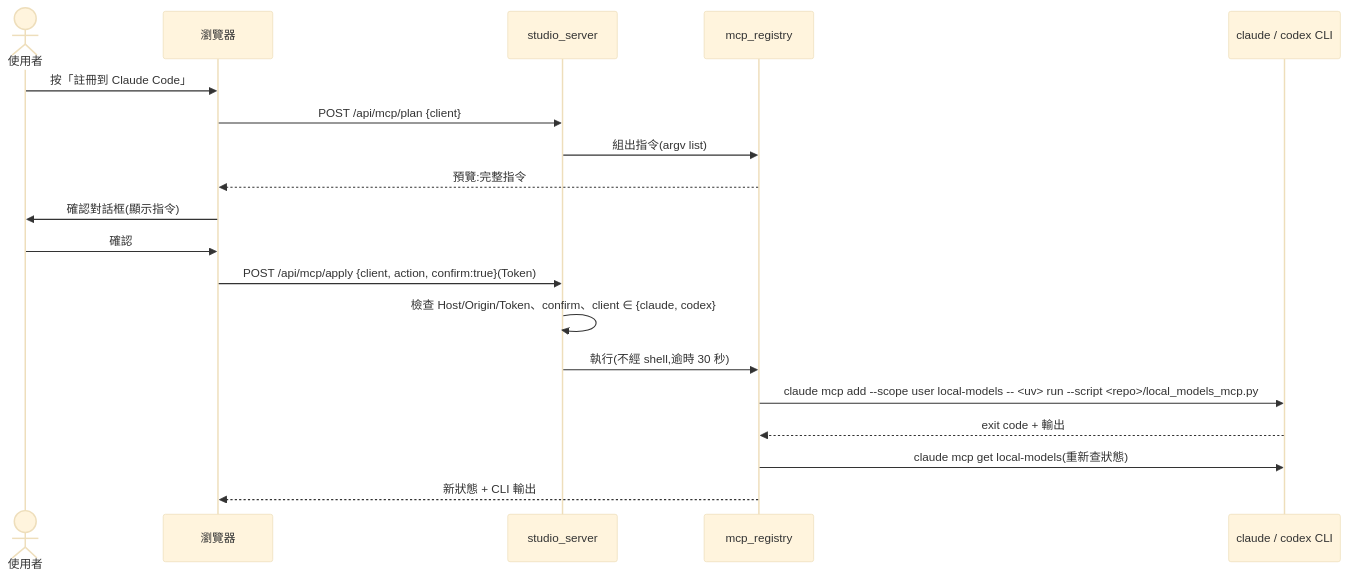
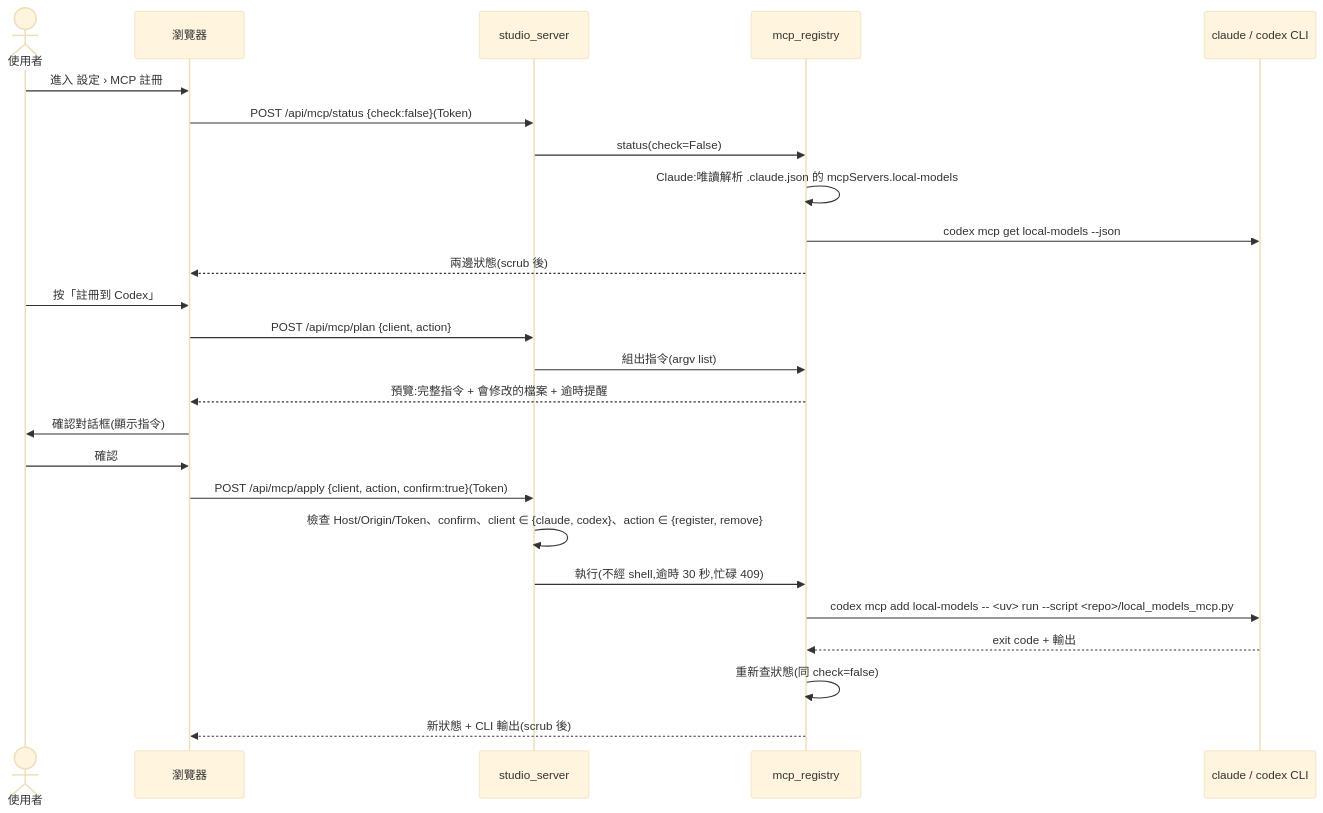
The second of 3 diagrams in docs/changes/CHG-20261022-02.md (kamira/podcast-studio), drawn with Mermaid (base theme) before and after one commit. The commit also changed other lines of this file, not shown here.

````diff
--- a/docs/changes/CHG-20261022-02.md
+++ b/docs/changes/CHG-20261022-02.md
@@ -71,22 +90,28 @@
 ```mermaid
 sequenceDiagram
   actor U as 使用者
   participant B as 瀏覽器
   participant S as studio_server
   participant M as mcp_registry
   participant C as claude / codex CLI
 
-  U->>B: 按「註冊到 Claude Code」
-  B->>S: POST /api/mcp/plan {client}
+  U->>B: 進入 設定 › MCP 註冊
+  B->>S: POST /api/mcp/status {check:false}(Token)
+  S->>M: status(check=False)
+  M->>M: Claude:唯讀解析 .claude.json 的 mcpServers.local-models
+  M->>C: codex mcp get local-models --json
+  M-->>B: 兩邊狀態(scrub 後)
+  U->>B: 按「註冊到 Codex」
+  B->>S: POST /api/mcp/plan {client, action}
   S->>M: 組出指令(argv list)
-  M-->>B: 預覽:完整指令
+  M-->>B: 預覽:完整指令 + 會修改的檔案 + 逾時提醒
   B->>U: 確認對話框(顯示指令)
   U->>B: 確認
   B->>S: POST /api/mcp/apply {client, action, confirm:true}(Token)
-  S->>S: 檢查 Host/Origin/Token、confirm、client ∈ {claude, codex}
-  S->>M: 執行(不經 shell,逾時 30 秒)
-  M->>C: claude mcp add --scope user local-models -- <uv> run --script <repo>/local_models_mcp.py
+  S->>S: 檢查 Host/Origin/Token、confirm、client ∈ {claude, codex}、action ∈ {register, remove}
+  S->>M: 執行(不經 shell,逾時 30 秒,忙碌 409)
+  M->>C: codex mcp add local-models -- <uv> run --script <repo>/local_models_mcp.py
   C-->>M: exit code + 輸出
-  M->>C: claude mcp get local-models(重新查狀態)
-  M-->>B: 新狀態 + CLI 輸出
+  M->>M: 重新查狀態(同 check=false)
+  M-->>B: 新狀態 + CLI 輸出(scrub 後)
 ```
````
